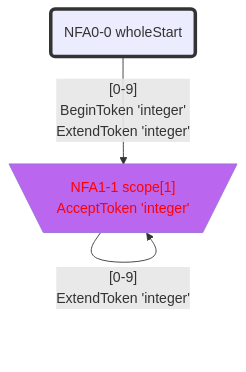
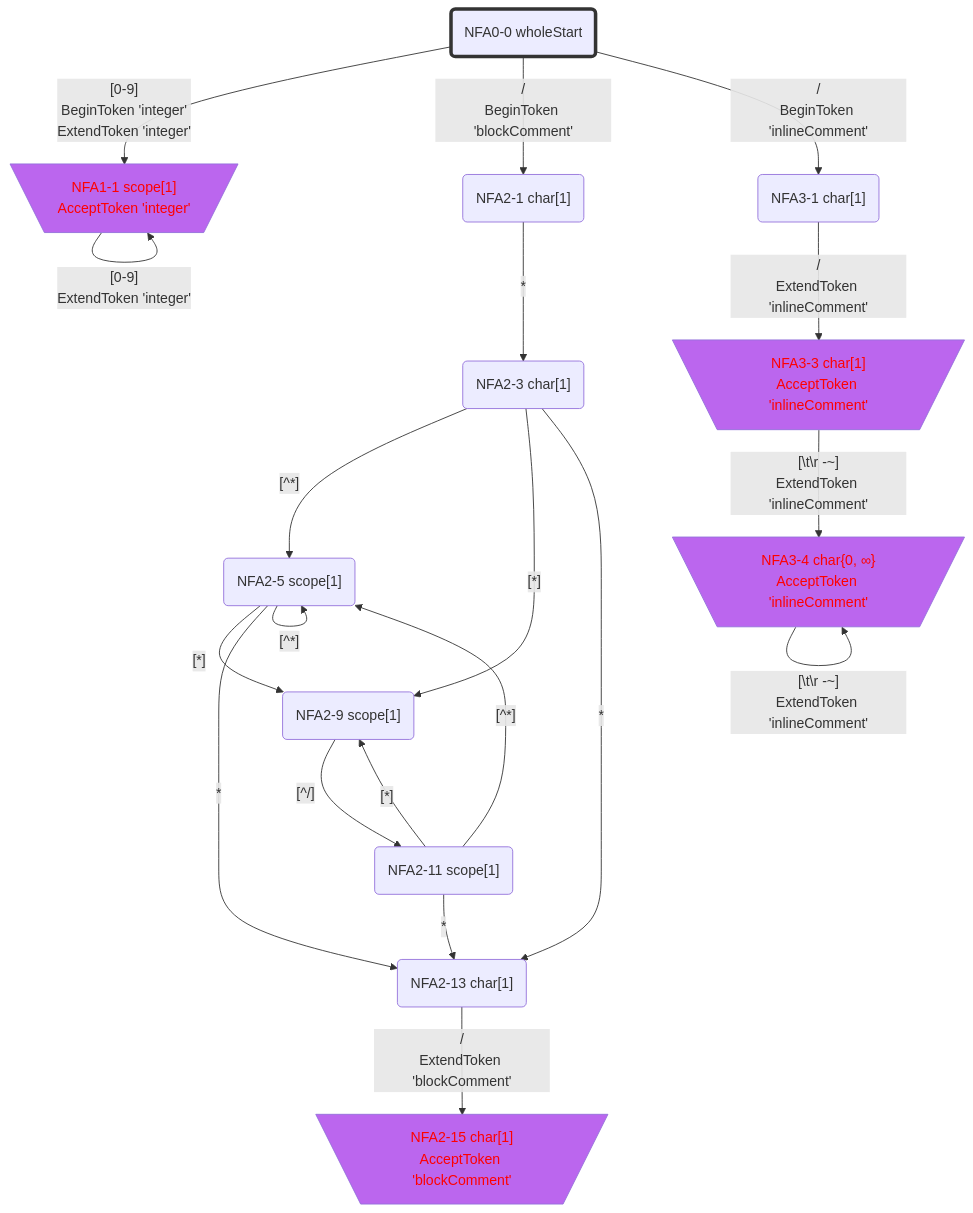
Before and after one commit to bitzhuwei/GrammarMentor: the third of 7 diagrams in Practices/Practice.GeneratedXxxFormat.Test/GeneratedInts/doc/LexicalStates.gen.md, drawn with Mermaid. The commit also changed other lines of this file and 3868 other files, not shown here.

````diff
--- a/Practices/Practice.GeneratedXxxFormat.Test/GeneratedInts/doc/LexicalStates.gen.md
+++ b/Practices/Practice.GeneratedXxxFormat.Test/GeneratedInts/doc/LexicalStates.gen.md
@@ -122,28 +388,67 @@
 ```Mermaid
 flowchart
 classDef c0001 color:#FF0000;
 classDef c0010 stroke-dasharray: 10 10;
 classDef c0011 stroke-dasharray: 10 10,color:#FF0000;
 classDef c0100 fill:#BB66EE;
 classDef c0101 fill:#BB66EE,color:#FF0000;
 classDef c0110 fill:#BB66EE,stroke-dasharray: 10 10;
 classDef c0111 fill:#BB66EE,stroke-dasharray: 10 10,color:#FF0000;
 classDef c1000 stroke:#333,stroke-width:4px;
 classDef c1001 stroke:#333,stroke-width:4px,color:#FF0000;
 classDef c1010 stroke:#333,stroke-width:4px,stroke-dasharray: 10 10;
 classDef c1011 stroke:#333,stroke-width:4px,stroke-dasharray: 10 10,color:#FF0000;
 classDef c1100 stroke:#333,stroke-width:4px,fill:#BB66EE;
 classDef c1101 stroke:#333,stroke-width:4px,fill:#BB66EE,color:#FF0000;
 classDef c1110 stroke:#333,stroke-width:4px,fill:#BB66EE,stroke-dasharray: 10 10;
 classDef c1111 stroke:#333,stroke-width:4px,fill:#BB66EE,stroke-dasharray: 10 10,color:#FF0000;
-NFA0_0_63739581("NFA0-0 wholeStart")
-class NFA0_0_63739581 c1000;
-NFA1_1_21995256[\"NFA1-1 scope[1]
+NFA0_0_49957660("NFA0-0 wholeStart")
+class NFA0_0_49957660 c1000;
+NFA1_1_57746634[\"NFA1-1 scope[1]
 AcceptToken 'integer'"/]
-class NFA1_1_21995256 c0101;
-NFA0_0_63739581 -->|"[0-9]
+class NFA1_1_57746634 c0101;
+NFA2_1_46965764("NFA2-1 char[1]")
+NFA3_1_20038698("NFA3-1 char[1]")
+NFA2_3_12521852("NFA2-3 char[1]")
+NFA3_3_46130559[\"NFA3-3 char[1]
+AcceptToken 'inlineComment'"/]
+class NFA3_3_46130559 c0101;
+NFA2_5_7637115("NFA2-5 scope[1]")
+NFA2_9_45587811("NFA2-9 scope[1]")
+NFA2_13_1625174("NFA2-13 char[1]")
+NFA3_4_14626574[\"NFA3-4 char{0, ∞}
+AcceptToken 'inlineComment'"/]
+class NFA3_4_14626574 c0101;
+NFA2_11_43901854("NFA2-11 scope[1]")
+NFA2_15_64530307[\"NFA2-15 char[1]
+AcceptToken 'blockComment'"/]
+class NFA2_15_64530307 c0101;
+NFA0_0_49957660 -->|"[0-9]
 BeginToken 'integer'
-ExtendToken 'integer'"|NFA1_1_21995256
-NFA1_1_21995256 -->|"[0-9]
-ExtendToken 'integer'"|NFA1_1_21995256
+ExtendToken 'integer'"|NFA1_1_57746634
+NFA0_0_49957660 -->|"/
+BeginToken 'blockComment'"|NFA2_1_46965764
+NFA0_0_49957660 -->|"/
+BeginToken 'inlineComment'"|NFA3_1_20038698
+NFA1_1_57746634 -->|"[0-9]
+ExtendToken 'integer'"|NFA1_1_57746634
+NFA2_1_46965764 -->|"*"|NFA2_3_12521852
+NFA3_1_20038698 -->|"/
+ExtendToken 'inlineComment'"|NFA3_3_46130559
+NFA2_3_12521852 -->|"[^*]"|NFA2_5_7637115
+NFA2_3_12521852 -->|"[*]"|NFA2_9_45587811
+NFA2_3_12521852 -->|"*"|NFA2_13_1625174
+NFA3_3_46130559 -->|"[#92;t#92;r#32;-~]
+ExtendToken 'inlineComment'"|NFA3_4_14626574
+NFA2_5_7637115 -->|"[^*]"|NFA2_5_7637115
+NFA2_5_7637115 -->|"[*]"|NFA2_9_45587811
+NFA2_5_7637115 -->|"*"|NFA2_13_1625174
+NFA2_9_45587811 -->|"[^/]"|NFA2_11_43901854
+NFA2_13_1625174 -->|"/
+ExtendToken 'blockComment'"|NFA2_15_64530307
+NFA3_4_14626574 -->|"[#92;t#92;r#32;-~]
+ExtendToken 'inlineComment'"|NFA3_4_14626574
+NFA2_11_43901854 -->|"[^*]"|NFA2_5_7637115
+NFA2_11_43901854 -->|"[*]"|NFA2_9_45587811
+NFA2_11_43901854 -->|"*"|NFA2_13_1625174
 ```
````
